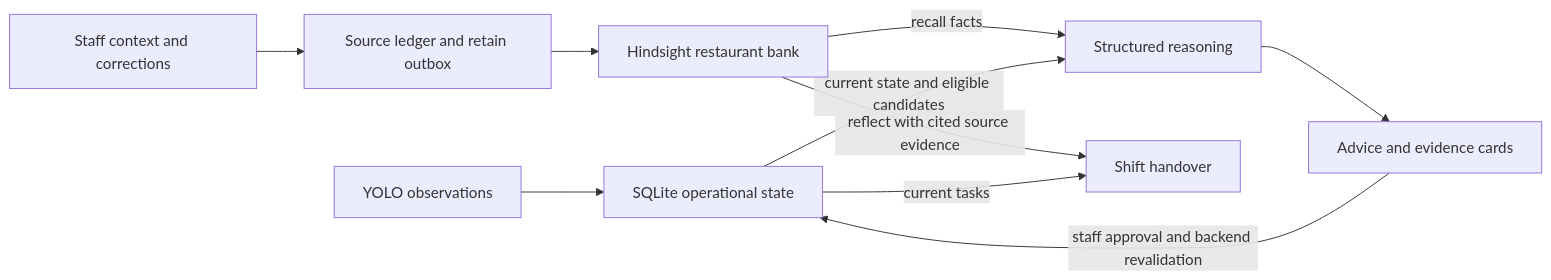
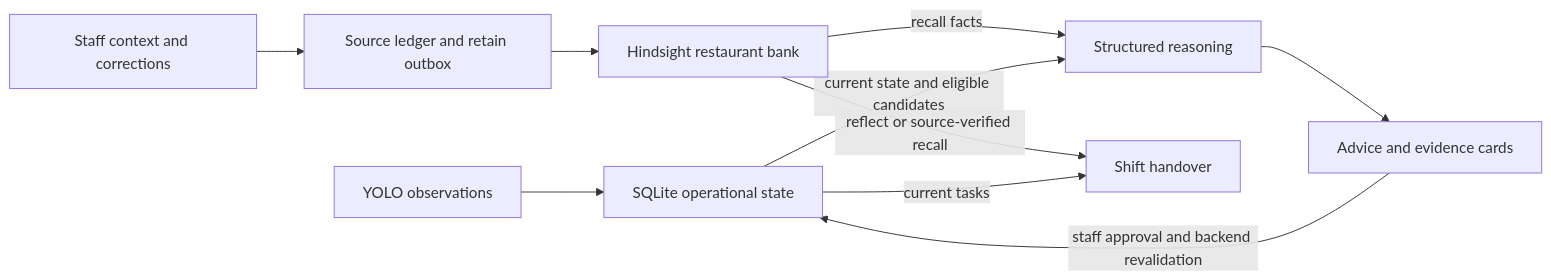
One commit to MassGethu/Restaurant-Floor-Copilot---HackwithBlr changed the diagram in docs/HINDSIGHT.md. Above: the diagram before and after it, drawn with Mermaid. The commit also changed other lines of this file and 13 other files, not shown here.

````diff
--- a/docs/HINDSIGHT.md
+++ b/docs/HINDSIGHT.md
@@ -43,12 +43,12 @@
 ```mermaid
 flowchart LR
   CV[YOLO observations] --> OPS[SQLite operational state]
   STAFF[Staff context and corrections] --> LEDGER[Source ledger and retain outbox]
   LEDGER --> HS[Hindsight restaurant bank]
   HS -->|recall facts| AGENT[Structured reasoning]
   OPS -->|current state and eligible candidates| AGENT
   AGENT --> CARDS[Advice and evidence cards]
   CARDS -->|staff approval and backend revalidation| OPS
-  HS -->|reflect with cited source evidence| BRIEF[Shift handover]
+  HS -->|reflect or source-verified recall| BRIEF[Shift handover]
   OPS -->|current tasks| BRIEF
 ```
````
